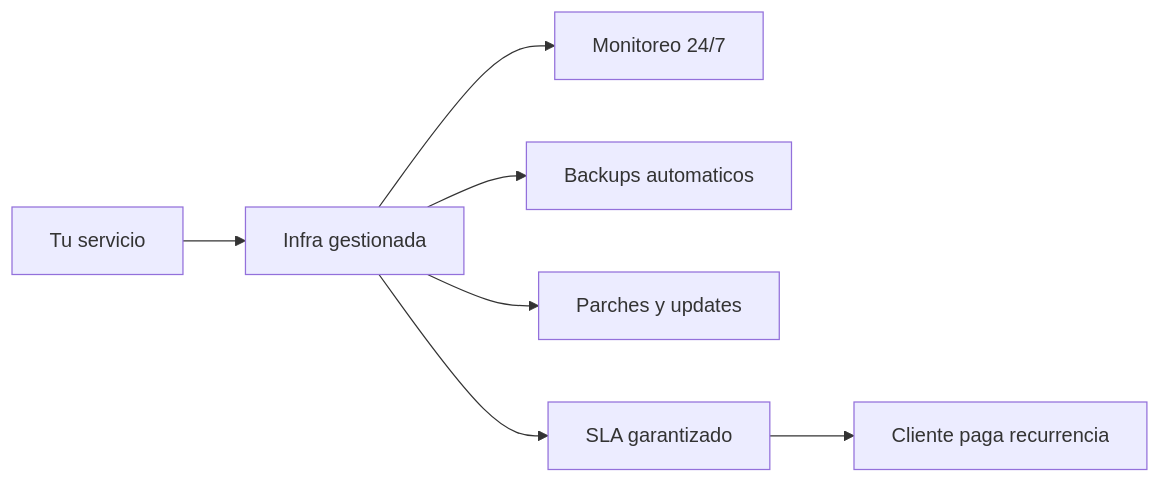
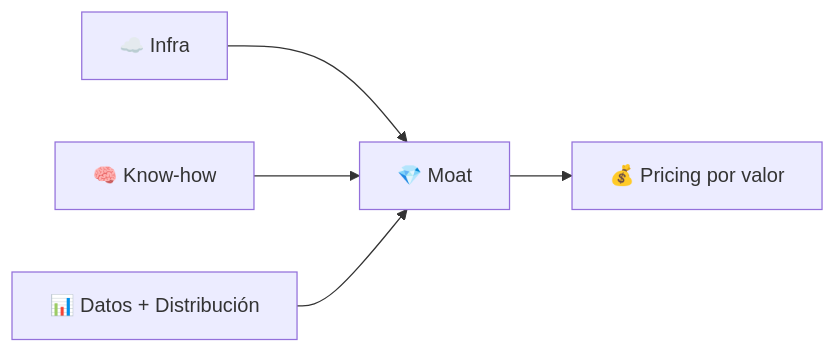
Before and after one commit to jeroroldan/jeronimo-blog: the third of 5 diagrams in src/content/blog/vende-infra-knowhow.md, drawn with Mermaid. The commit also changed other lines of this file, not shown here.

First line of the commit message:
refactor(blog): update "No vendas software, vendé infra y know-how" masterclass content

````diff
--- a/src/content/blog/vende-infra-knowhow.md
+++ b/src/content/blog/vende-infra-knowhow.md
@@ -108,9 +194,7 @@
 ```mermaid
 flowchart LR
-    A[Tu servicio] --> B[Infra gestionada]
-    B --> C[Monitoreo 24/7]
-    B --> D[Backups automaticos]
-    B --> E[Parches y updates]
-    B --> F[SLA garantizado]
-    F --> G[Cliente paga recurrencia]
+    A[☁️ Infra] --> D[💎 Moat]
+    B[🧠 Know-how] --> D
+    C[📊 Datos + Distribución] --> D
+    D --> E[💰 Pricing por valor]
 ```
````
